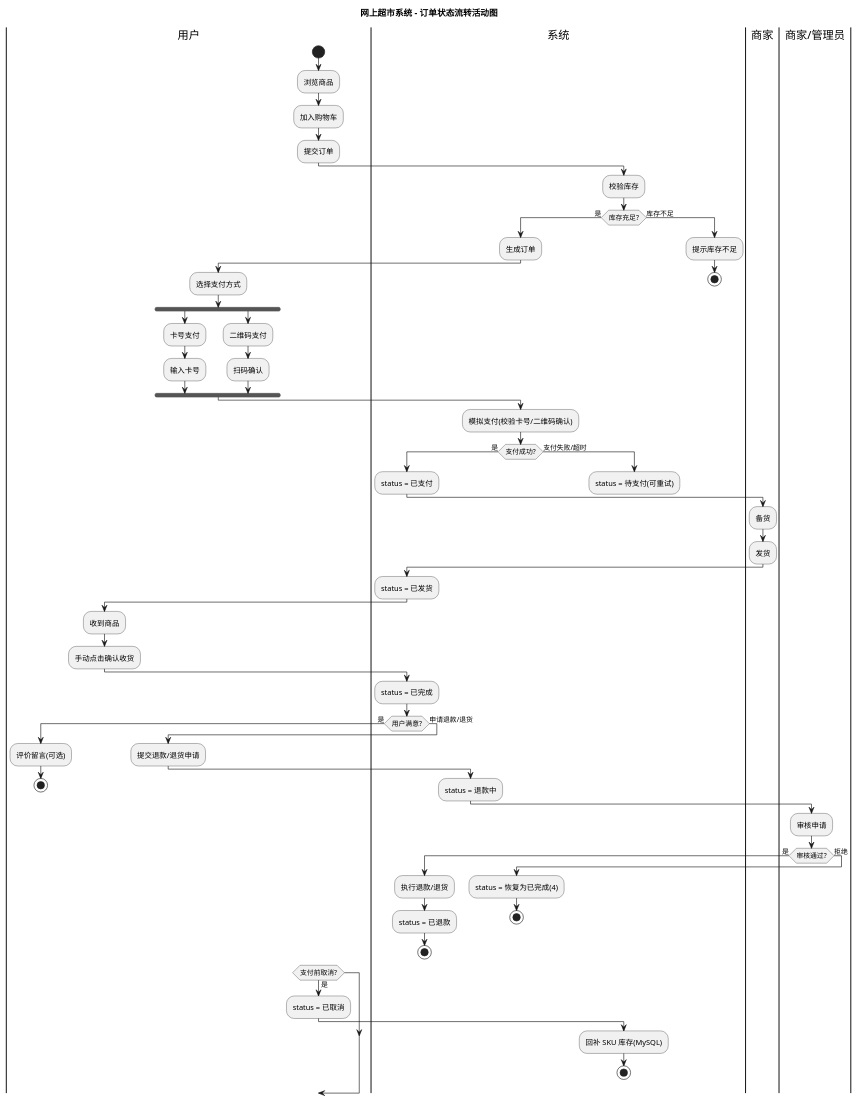
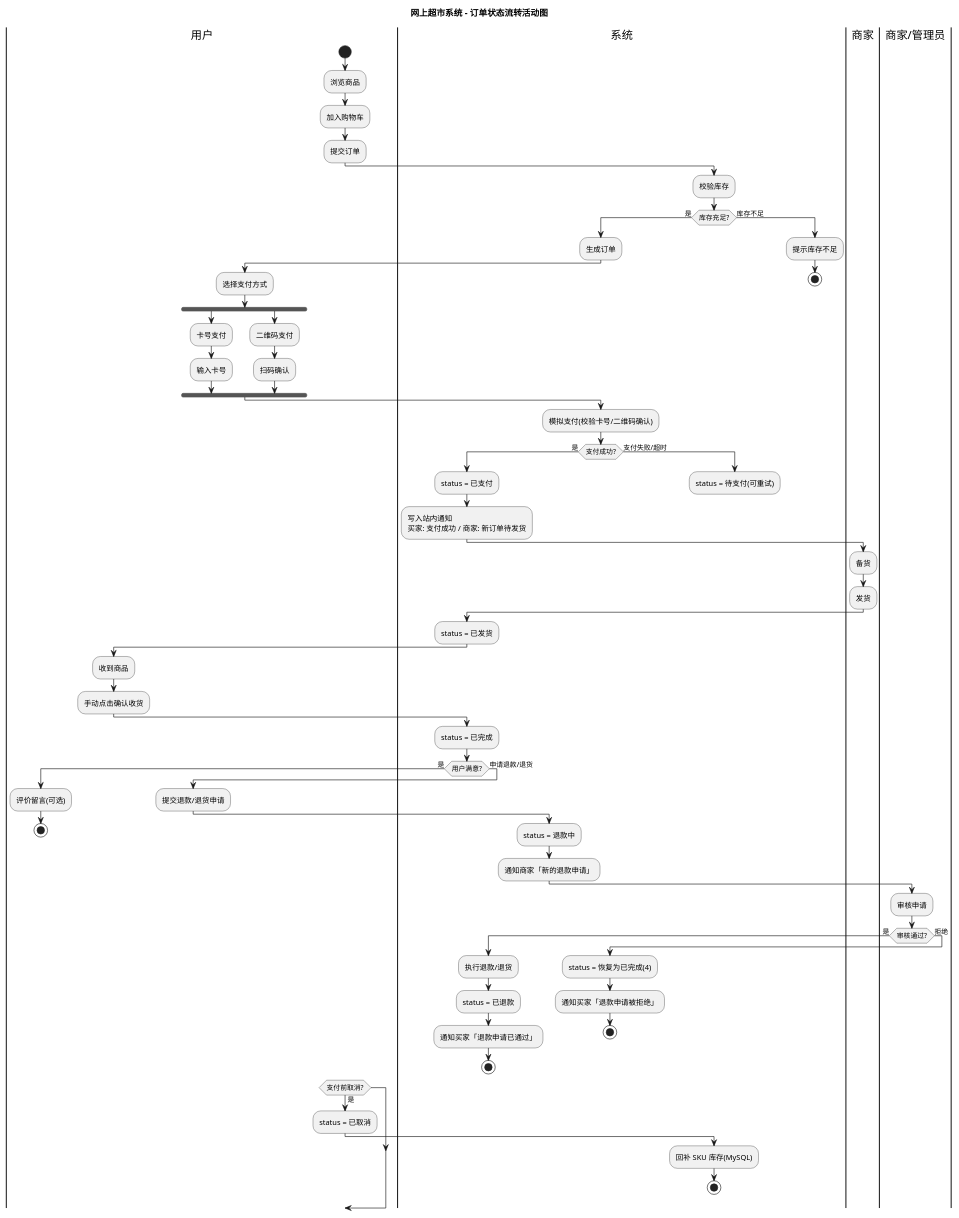
Before and after one commit to KIM406-CMD/chrono: the first of 3 diagrams in uml/uml-activity.puml, drawn with PlantUML. The commit also changed other lines of this file and 25 other files, not shown here.

First line of the commit message:
docs: 同步站内通知与商家隔离文档及 UML

```diff
--- a/uml/uml-activity.puml
+++ b/uml/uml-activity.puml
@@ -1,78 +1,82 @@
 @startuml 订单状态流转
 
 title 网上超市系统 - 订单状态流转活动图
 
 |用户|
 start
 :浏览商品;
 :加入购物车;
 :提交订单;
 |系统|
 :校验库存;
 if (库存充足?) then (是)
   :生成订单;
   |用户|
   :选择支付方式;
   fork
     :卡号支付;
     :输入卡号;
   fork again
     :二维码支付;
     :扫码确认;
   end fork
   |系统|
   :模拟支付(校验卡号/二维码确认);
   if (支付成功?) then (是)
     :status = 已支付;
+    :写入站内通知\n买家: 支付成功 / 商家: 新订单待发货;
     |商家|
     :备货;
     :发货;
     |系统|
     :status = 已发货;
     |用户|
     :收到商品;
     :手动点击确认收货;
     |系统|
     :status = 已完成;
 
     if (用户满意?) then (是)
       |用户|
       :评价留言(可选);
       stop
     else (申请退款/退货)
       |用户|
       :提交退款/退货申请;
       |系统|
       :status = 退款中;
+      :通知商家「新的退款申请」;
       |商家/管理员|
       :审核申请;
       if (审核通过?) then (是)
         |系统|
         :执行退款/退货;
         :status = 已退款;
+        :通知买家「退款申请已通过」;
         stop
       else (拒绝)
         :status = 恢复为已完成(4);
+        :通知买家「退款申请被拒绝」;
         stop
       endif
     endif
 
   else (支付失败/超时)
     :status = 待支付(可重试);
     detach
   endif
 
 else (库存不足)
   :提示库存不足;
   stop
 endif
 
 |用户|
 if (支付前取消?) then (是)
   :status = 已取消;
   |系统|
   :回补 SKU 库存(MySQL);
   stop
 endif
 
 @enduml
```
